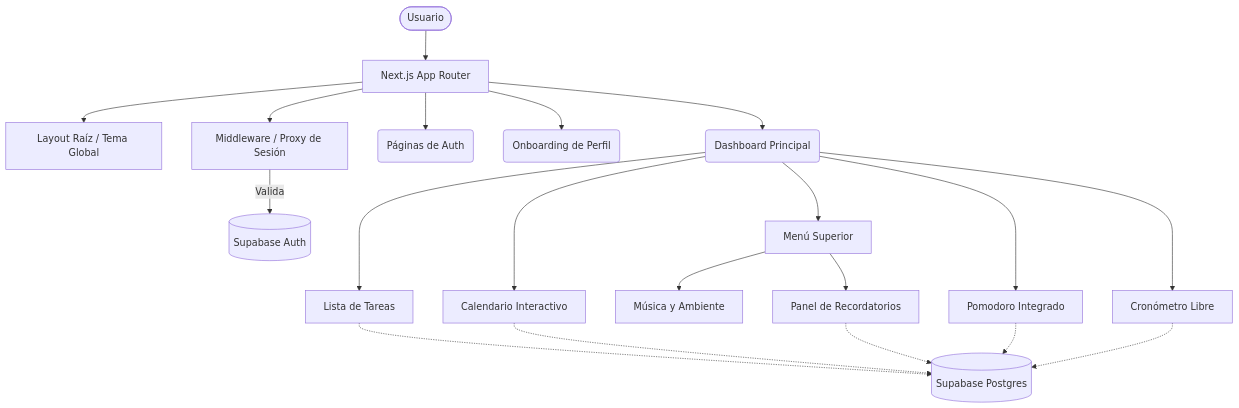
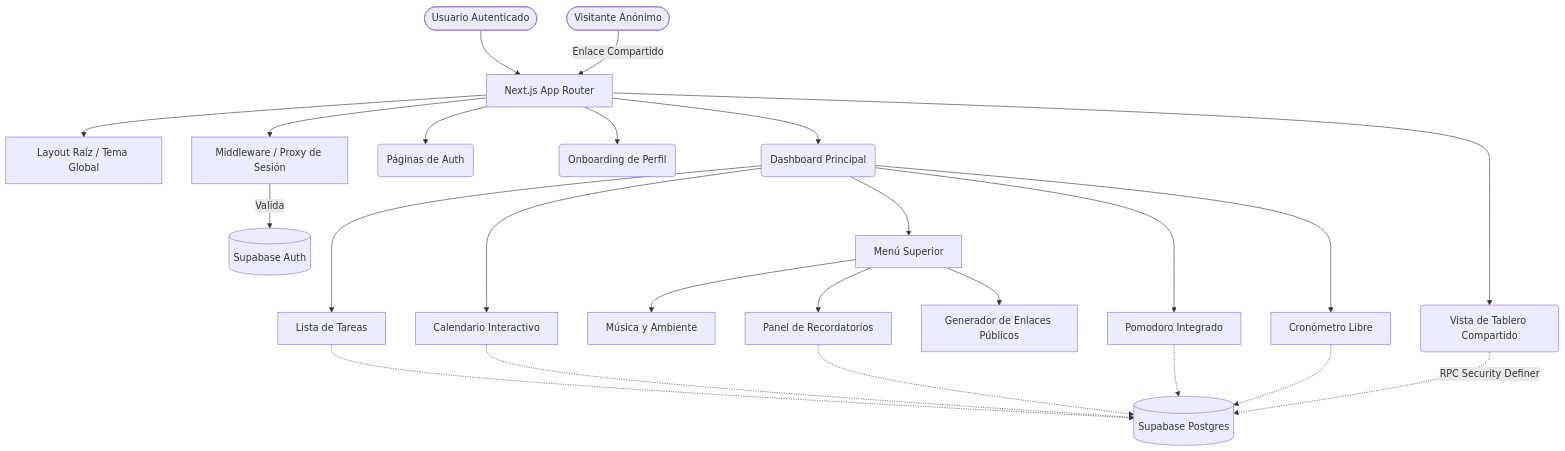
One commit to ItsLouis30/Tempo-App changed the diagram in README.md. Above: the diagram before and after it, drawn with Mermaid. The commit also changed other lines of this file, not shown here.

Commit message:
feat: actualizar la sección de características en el README con mejoras en la descripción de tableros compartidos y diseño

````diff
--- a/README.md
+++ b/README.md
@@ -90,27 +91,33 @@
 ```mermaid
 flowchart TD
-    U([Usuario]) --> A[Next.js App Router]
+    U([Usuario Autenticado]) --> A[Next.js App Router]
+    V([Visitante Anónimo]) --> |Enlace Compartido| A
+    
     A --> L[Layout Raíz / Tema Global]
     A --> P[Middleware / Proxy de Sesión]
     P -- Valida --> S[(Supabase Auth)]
     
     A --> R1(Páginas de Auth)
     A --> R2(Onboarding de Perfil)
     A --> R3(Dashboard Principal)
+    A --> R4(Vista de Tablero Compartido)
     
     R3 --> T[Lista de Tareas]
     R3 --> C[Calendario Interactivo]
     R3 --> H[Menú Superior]
     
     H --> M[Música y Ambiente]
     H --> N[Panel de Recordatorios]
+    H --> S2[Generador de Enlaces Públicos]
     
     R3 --> P1[Pomodoro Integrado]
     R3 --> P2[Cronómetro Libre]
     
     T -.-> DB[(Supabase Postgres)]
     C -.-> DB
     P1 -.-> DB
     P2 -.-> DB
     N -.-> DB
+    
+    R4 -.-> |RPC Security Definer| DB
 ```
````
